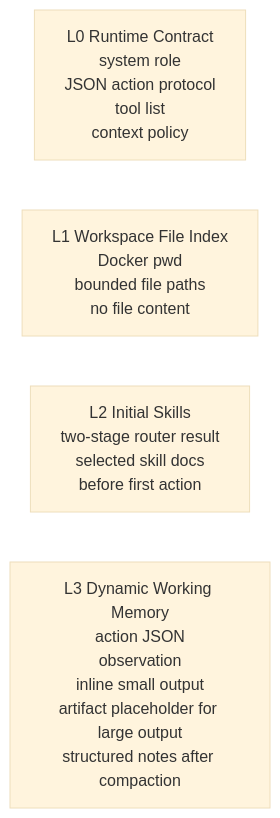
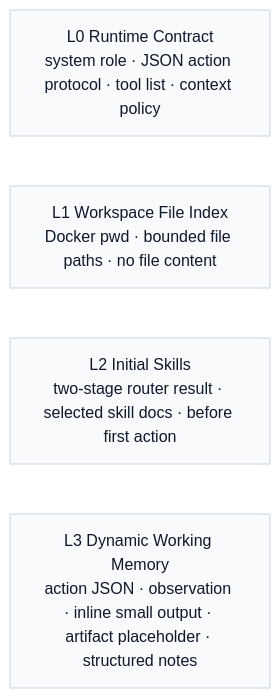
One commit to Cachuela11/MiniCode changed the fifth of 5 diagrams in README.md. Above: the diagram before and after it, drawn with Mermaid (base theme).

Commit message:
update context

````diff
--- a/README.md
+++ b/README.md
@@ -190,7 +190,14 @@
 ```mermaid
-flowchart LR
-    L0[L0 Runtime Contract<br/>system role<br/>JSON action protocol<br/>tool list<br/>context policy]
-    L1[L1 Workspace File Index<br/>Docker pwd<br/>bounded file paths<br/>no file content]
-    L2[L2 Initial Skills<br/>two-stage router result<br/>selected skill docs<br/>before first action]
-    L3[L3 Dynamic Working Memory<br/>action JSON<br/>observation<br/>inline small output<br/>artifact placeholder for large output<br/>structured notes after compaction]
+flowchart TB
+    L0["L0 Runtime Contract<br/>system role · JSON action protocol · tool list · context policy"]
+    L1["L1 Workspace File Index<br/>Docker pwd · bounded file paths · no file content"]
+    L2["L2 Initial Skills<br/>two-stage router result · selected skill docs · before first action"]
+    L3["L3 Dynamic Working Memory<br/>action JSON · observation · inline small output · artifact placeholder · structured notes"]
+
+    L0 ~~~ L1
+    L1 ~~~ L2
+    L2 ~~~ L3
+
+    classDef layer fill:#f8fafc,stroke:#cbd5e1,color:#0f172a,stroke-width:1px
+    class L0,L1,L2,L3 layer
 ```
````
